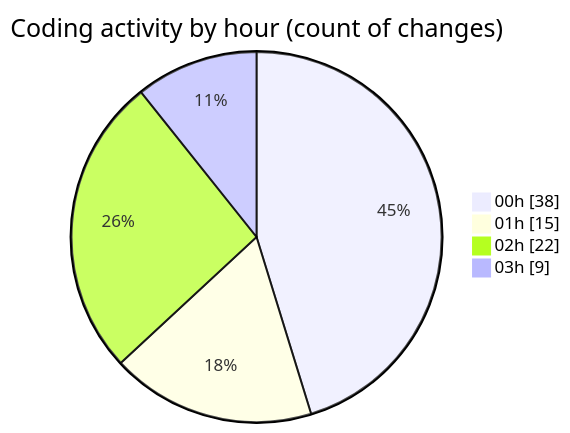
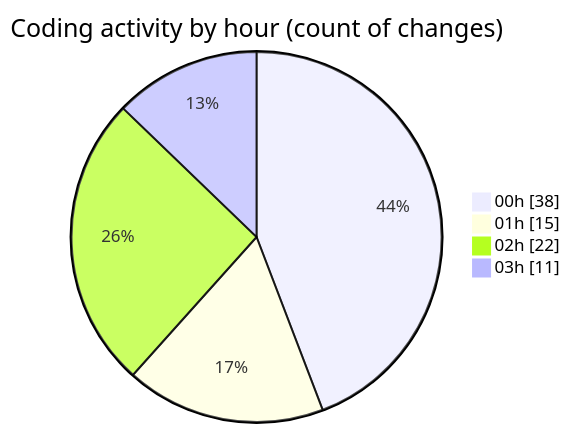
Before and after one commit to donsfak/code-tracking: the second of 2 diagrams in 2025-03-08/uber_clone/README.md, drawn with Mermaid. The commit also changed other lines of this file and 1 other file, not shown here.

````diff
--- a/2025-03-08/uber_clone/README.md
+++ b/2025-03-08/uber_clone/README.md
@@ -34,8 +34,8 @@
 ```mermaid
 pie showData
 title Coding activity by hour (count of changes)
 "00h" : 38
 "01h" : 15
 "02h" : 22
-"03h" : 9
+"03h" : 11
 ```
````
